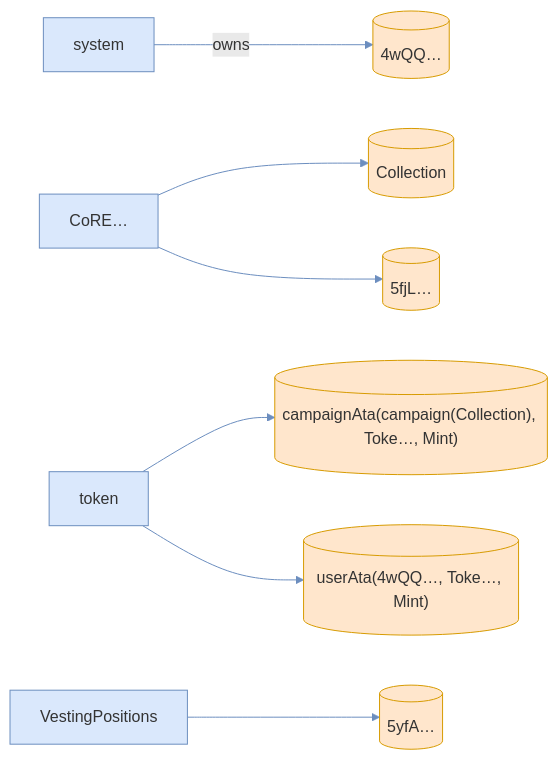
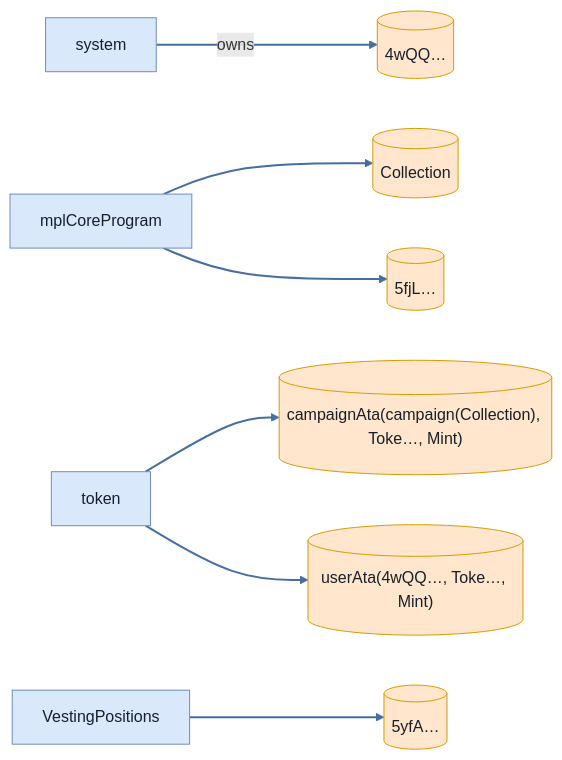
Before and after one commit to cds-turbin3/vesting-position: the ninth of 9 diagrams in babelfish-tests/test-report/scenario_6_not_owner_subsequent_claim_fails.md, drawn with Mermaid. The commit also changed other lines of this file and 106 other files, not shown here.

````diff
--- a/babelfish-tests/test-report/scenario_6_not_owner_subsequent_claim_fails.md
+++ b/babelfish-tests/test-report/scenario_6_not_owner_subsequent_claim_fails.md
@@ -455,23 +453,23 @@
 ```mermaid
 flowchart LR
     system["system"]:::program
     n4wQQ[("4wQQ…")]:::state
-    CoRE["CoRE…"]:::program
+    mplCoreProgram["mplCoreProgram"]:::program
     Collection[("Collection")]:::state
     token["token"]:::program
     campaignAtacampaignCollectionTokeMint[("campaignAta(campaign(Collection), Toke…, Mint)")]:::state
     userAta4wQQTokeMint[("userAta(4wQQ…, Toke…, Mint)")]:::state
     n5fjL[("5fjL…")]:::state
     VestingPositions["VestingPositions"]:::program
     n5yfA[("5yfA…")]:::state
     system -->|owns| n4wQQ
-    CoRE --> Collection
+    mplCoreProgram --> Collection
     token --> campaignAtacampaignCollectionTokeMint
     token --> userAta4wQQTokeMint
-    CoRE --> n5fjL
+    mplCoreProgram --> n5fjL
     VestingPositions --> n5yfA
-    classDef program fill:#dae8fc,stroke:#6c8ebf;
-    classDef signer fill:#d5e8d4,stroke:#82b366;
-    classDef state fill:#ffe6cc,stroke:#d79b00;
-    linkStyle 0,1,2,3,4,5 stroke:#6c8ebf
+    classDef program fill:#dae8fc,stroke:#6c8ebf,color:#17202a;
+    classDef signer fill:#d5e8d4,stroke:#82b366,color:#17202a;
+    classDef state fill:#ffe6cc,stroke:#d79b00,color:#17202a;
+    linkStyle 0,1,2,3,4,5 stroke:#456ea1,stroke-width:2px
 ```
````
